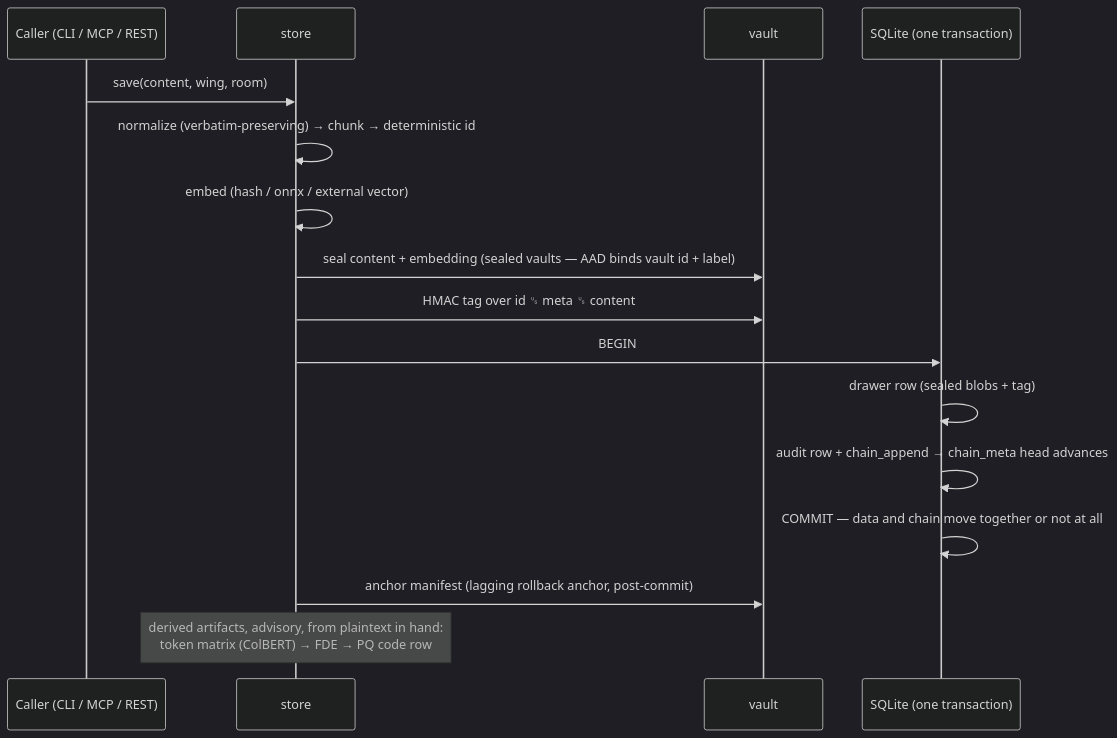
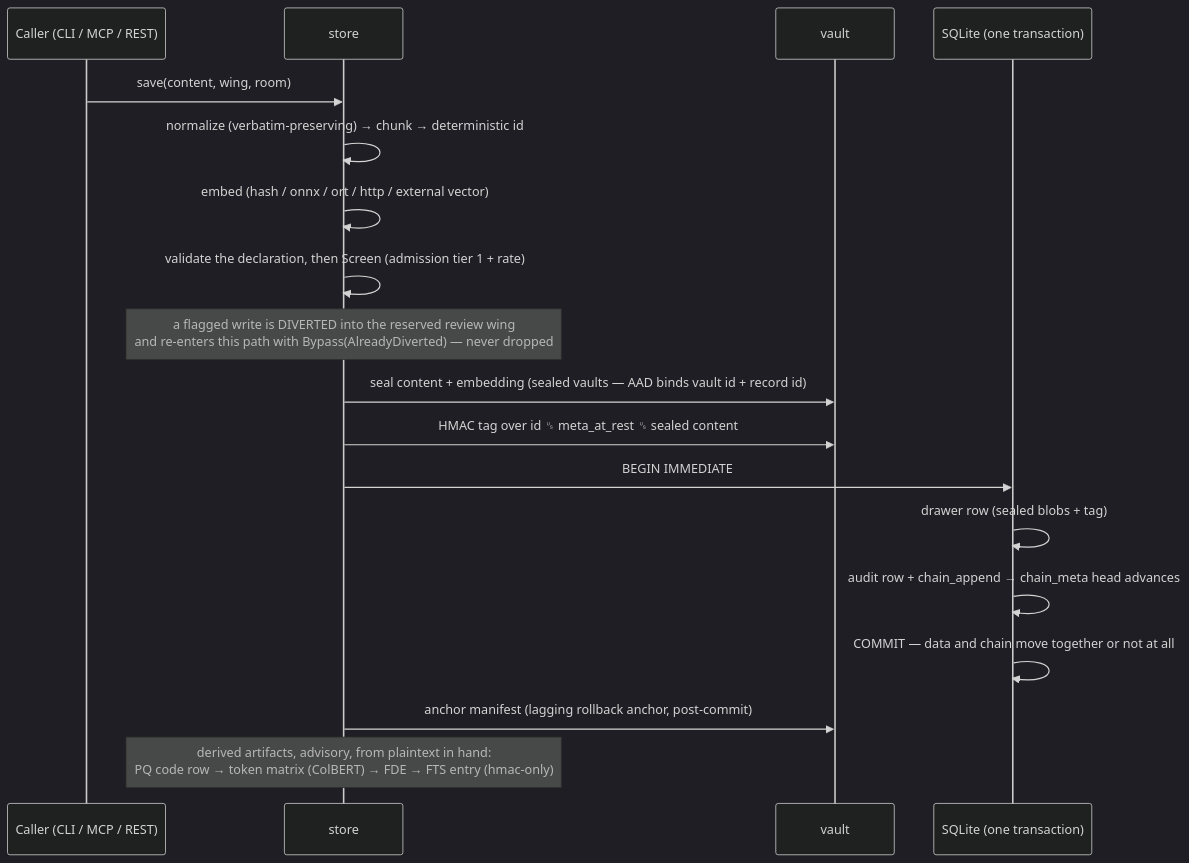
The third of 4 diagrams in docs/architecture.md (sealcroft/undercroft), drawn with Mermaid (dark theme) before and after one commit. The commit also changed other lines of this file and 78 other files, not shown here.

First line of the commit message:
the three diagram sets described a different engine — audited against the code, corrected, and ten views added

````diff
--- a/docs/architecture.md
+++ b/docs/architecture.md
@@ -111,18 +126,20 @@
 ```mermaid
 sequenceDiagram
     participant C as Caller (CLI / MCP / REST)
     participant S as store
     participant V as vault
     participant DB as SQLite (one transaction)
     C->>S: save(content, wing, room)
     S->>S: normalize (verbatim-preserving) → chunk → deterministic id
-    S->>S: embed (hash / onnx / external vector)
-    S->>V: seal content + embedding (sealed vaults — AAD binds vault id + label)
-    S->>V: HMAC tag over id ␟ meta ␟ content
-    S->>DB: BEGIN
+    S->>S: embed (hash / onnx / ort / http / external vector)
+    S->>S: validate the declaration, then Screen (admission tier 1 + rate)
+    Note over S: a flagged write is DIVERTED into the reserved review wing<br/>and re-enters this path with Bypass(AlreadyDiverted) — never dropped
+    S->>V: seal content + embedding (sealed vaults — AAD binds vault id + record id)
+    S->>V: HMAC tag over id ␟ meta_at_rest ␟ sealed content
+    S->>DB: BEGIN IMMEDIATE
     DB->>DB: drawer row (sealed blobs + tag)
     DB->>DB: audit row + chain_append → chain_meta head advances
     DB->>DB: COMMIT  — data and chain move together or not at all
     S->>V: anchor manifest (lagging rollback anchor, post-commit)
-    Note over S: derived artifacts, advisory, from plaintext in hand:<br/>token matrix (ColBERT) → FDE → PQ code row
+    Note over S: derived artifacts, advisory, from plaintext in hand:<br/>PQ code row → token matrix (ColBERT) → FDE → FTS entry (hmac-only)
 ```
````
